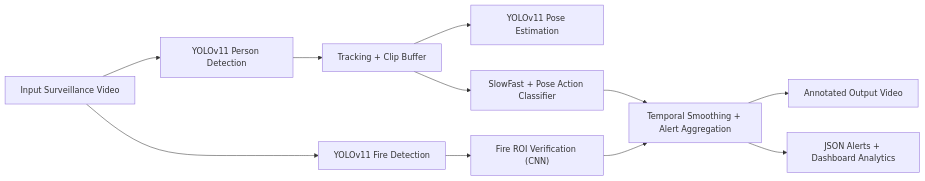
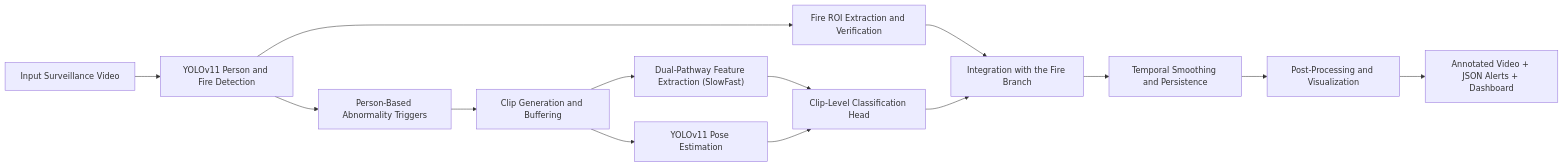
The diagram in README.md (KhoiMinh47/AI-Based-Abnormal-Behavior-Detection-From-Surveillance-Camera), drawn with Mermaid before and after one commit. The commit also changed other lines of this file, not shown here.

````diff
--- a/README.md
+++ b/README.md
@@ -45,13 +45,16 @@
 ```mermaid
 flowchart LR
-    A["Input Surveillance Video"] --> B["YOLOv11 Person Detection"]
-    A --> C["YOLOv11 Fire Detection"]
-    B --> D["Tracking + Clip Buffer"]
-    D --> E["YOLOv11 Pose Estimation"]
-    D --> F["SlowFast + Pose Action Classifier"]
-    C --> G["Fire ROI Verification (CNN)"]
-    F --> H["Temporal Smoothing + Alert Aggregation"]
+    A["Input Surveillance Video"] --> B["YOLOv11 Person and Fire Detection"]
+    B --> C["Fire ROI Extraction and Verification"]
+    B --> D["Person-Based Abnormality Triggers"]
+    D --> E["Clip Generation and Buffering"]
+    E --> F["Dual-Pathway Feature Extraction (SlowFast)"]
+    E --> G["YOLOv11 Pose Estimation"]
+    F --> H["Clip-Level Classification Head"]
     G --> H
-    H --> I["Annotated Output Video"]
-    H --> J["JSON Alerts + Dashboard Analytics"]
+    C --> I["Integration with the Fire Branch"]
+    H --> I
+    I --> J["Temporal Smoothing and Persistence"]
+    J --> K["Post-Processing and Visualization"]
+    K --> L["Annotated Video + JSON Alerts + Dashboard"]
 ```
````
